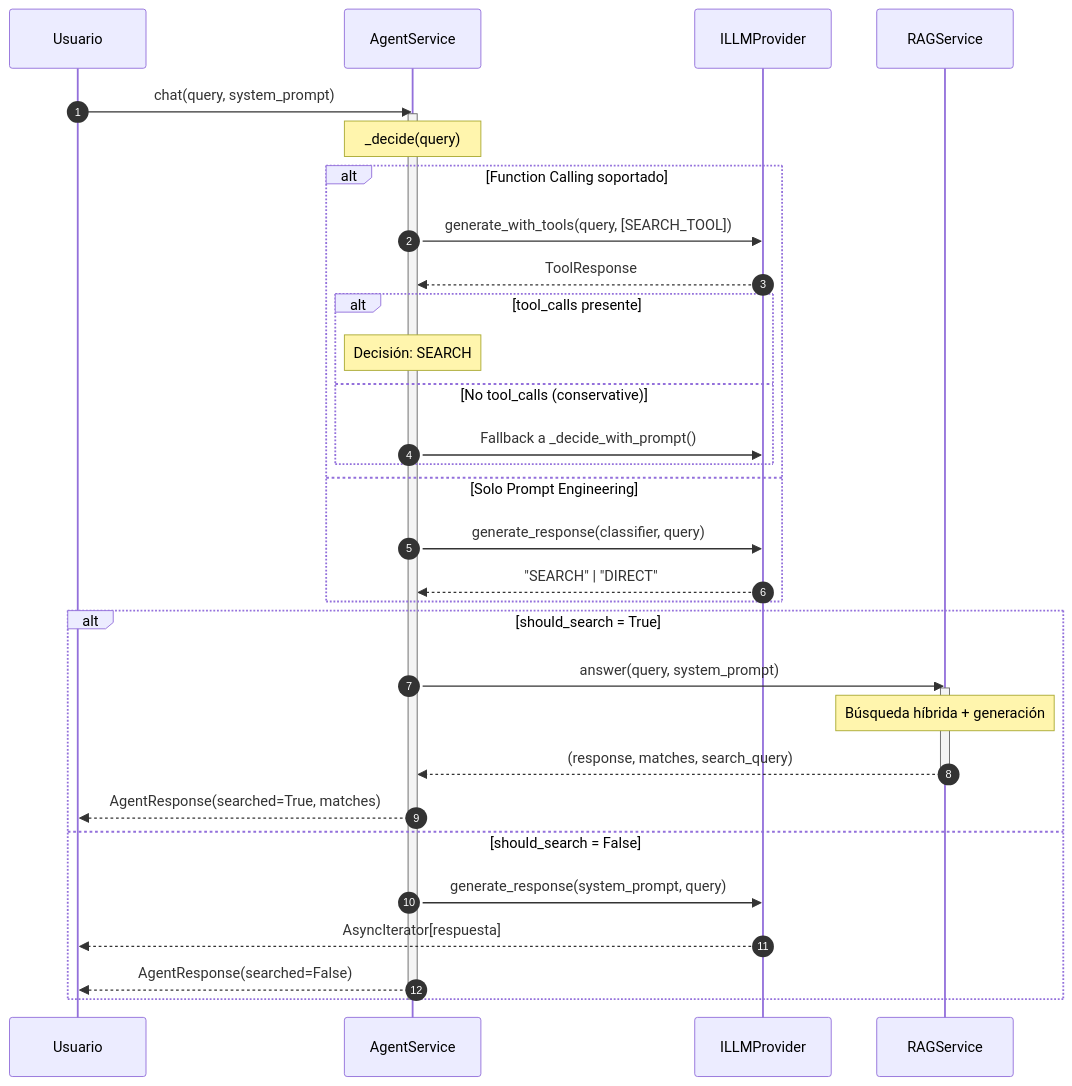
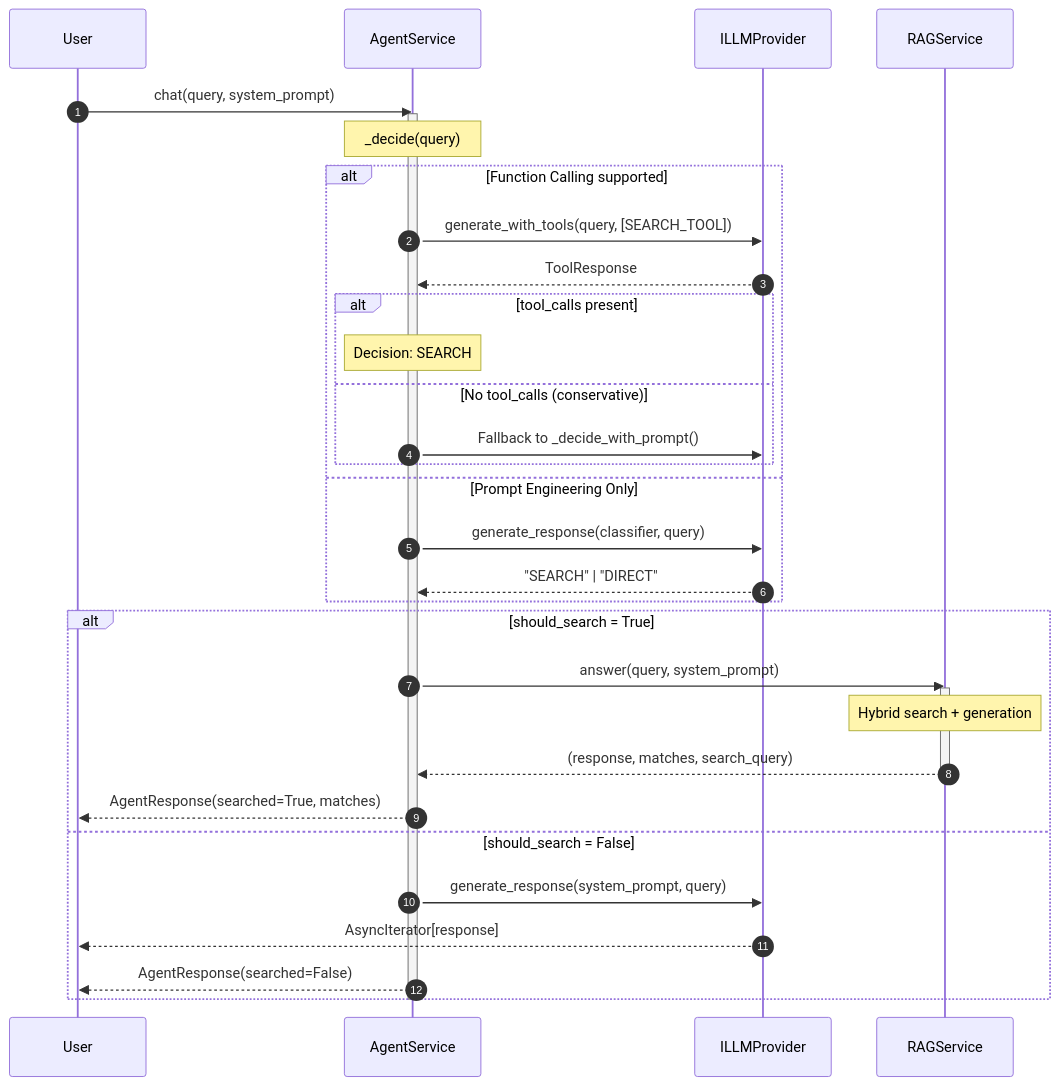
The first of 2 diagrams in docs/agent_service_detail.md (FullFran/Hybrid-RAG-example), drawn with Mermaid before and after one commit. The commit also changed other lines of this file and 6 other files, not shown here.

First line of the commit message:
docs: update architecture docs with C4 diagrams and new IParser/IChunker interfaces

````diff
--- a/docs/agent_service_detail.md
+++ b/docs/agent_service_detail.md
@@ -16,42 +16,42 @@
 ```mermaid
 sequenceDiagram
     autonumber
-    participant U as Usuario
+    participant U as User
     participant A as AgentService
     participant LLM as ILLMProvider
     participant RAG as RAGService
 
     U->>A: chat(query, system_prompt)
     activate A
 
     Note over A: _decide(query)
 
-    alt Function Calling soportado
+    alt Function Calling supported
         A->>LLM: generate_with_tools(query, [SEARCH_TOOL])
         LLM-->>A: ToolResponse
 
-        alt tool_calls presente
-            Note over A: Decisión: SEARCH
+        alt tool_calls present
+            Note over A: Decision: SEARCH
         else No tool_calls (conservative)
-            A->>LLM: Fallback a _decide_with_prompt()
+            A->>LLM: Fallback to _decide_with_prompt()
         end
-    else Solo Prompt Engineering
+    else Prompt Engineering Only
         A->>LLM: generate_response(classifier, query)
         LLM-->>A: "SEARCH" | "DIRECT"
     end
 
     alt should_search = True
         A->>RAG: answer(query, system_prompt)
         activate RAG
-        Note over RAG: Búsqueda híbrida + generación
+        Note over RAG: Hybrid search + generation
         RAG-->>A: (response, matches, search_query)
         deactivate RAG
         A-->>U: AgentResponse(searched=True, matches)
     else should_search = False
         A->>LLM: generate_response(system_prompt, query)
-        LLM-->>U: AsyncIterator[respuesta]
+        LLM-->>U: AsyncIterator[response]
         A-->>U: AgentResponse(searched=False)
     end
 
     deactivate A
 ```
````
